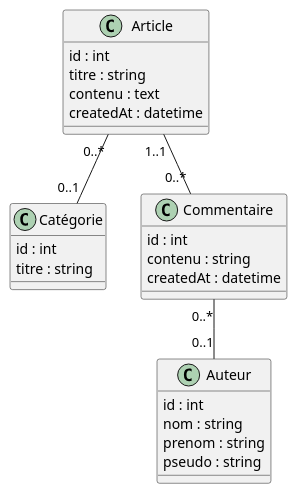
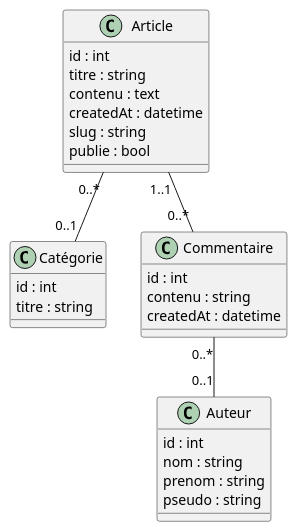
Before and after one commit to DUTREUXAlexis/blogsymfony: the diagram in Documentation/DiagrammeDeClasse.puml, drawn with PlantUML. The commit also changed 8 other files, not shown here.

```diff
--- a/Documentation/DiagrammeDeClasse.puml
+++ b/Documentation/DiagrammeDeClasse.puml
@@ -1,37 +1,39 @@
 @startuml
 'https://plantuml.com/sequence-diagram
 
 
 
 class Article {
 id : int
 titre : string
 contenu : text
 createdAt : datetime
+slug : string
+publie : bool
 }
 
 class Catégorie
 {
 id : int
 titre : string
 }
 
 class Commentaire
 {
 id : int
 contenu : string
 createdAt : datetime
 }
 
 class Auteur
 {
 id : int
 nom : string
 prenom : string
 pseudo : string
 }
 
 Article "0..*" -- "0..1"  Catégorie
 Commentaire "0..*" -- "0..1" Auteur
 Article "1..1" -- "0..*" Commentaire
 @enduml
```
